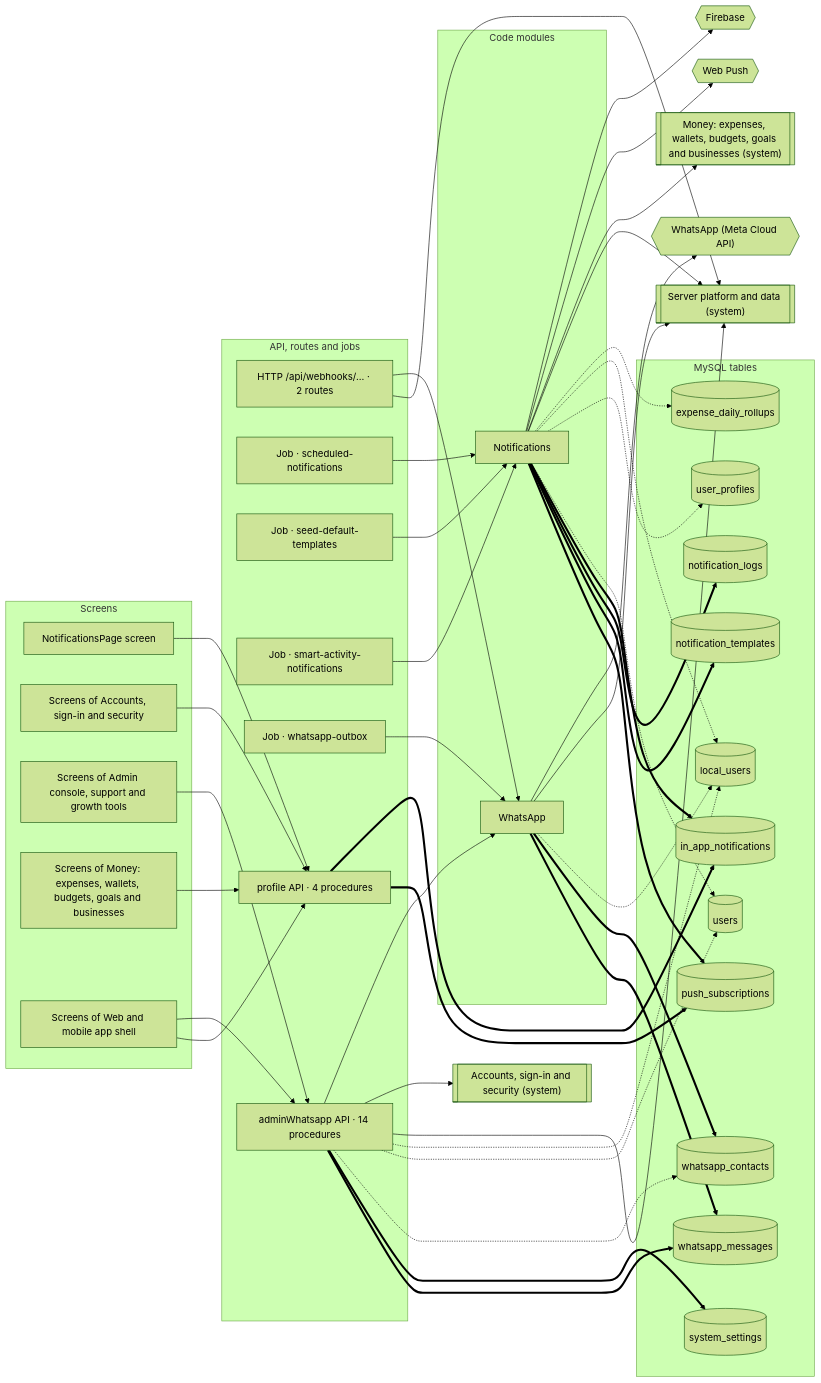
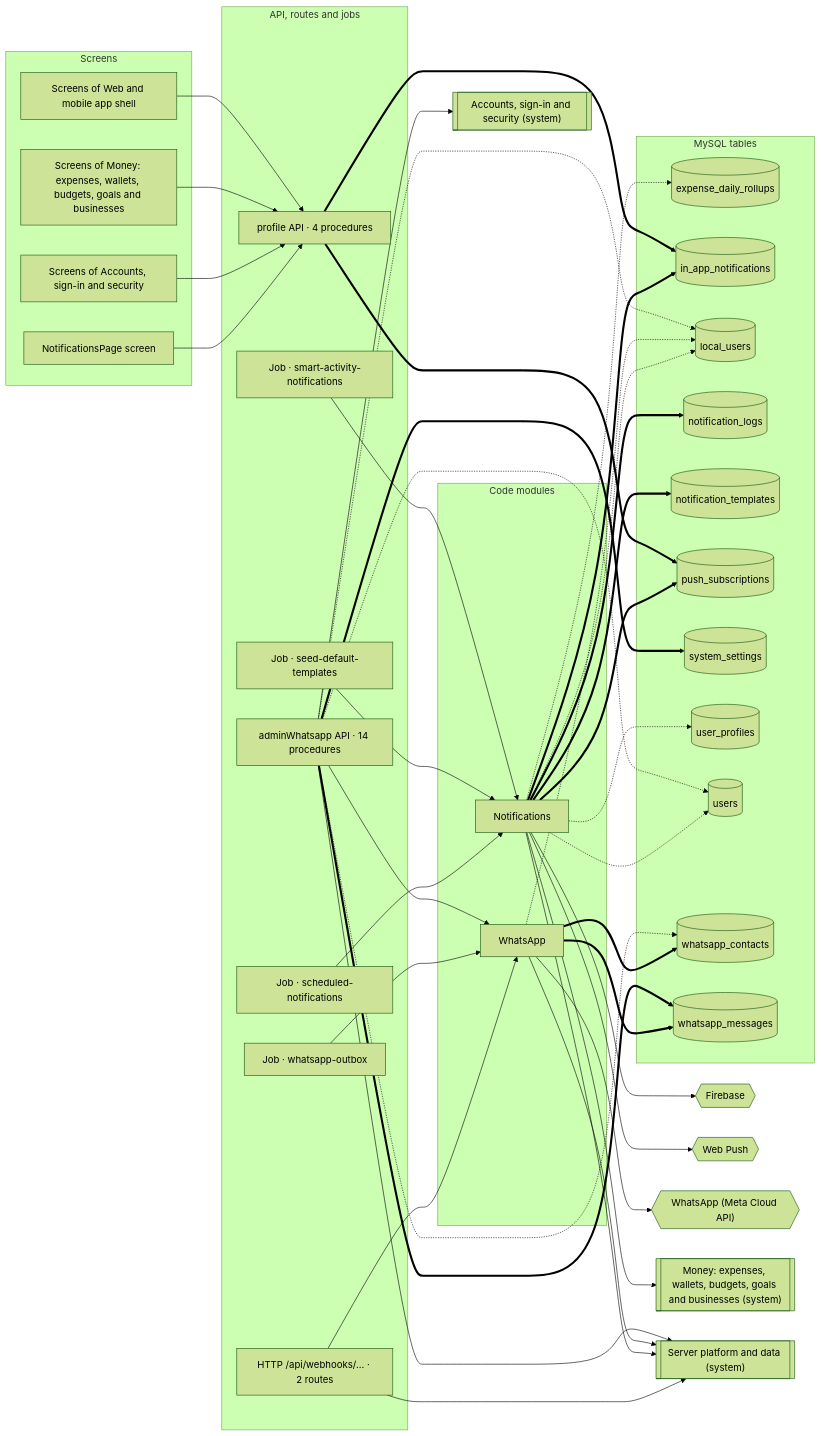
Before and after one commit to mahmoudtaherr111/smartspend_mini_all: the diagram in docs/atlas/systems/notifications.md, drawn with Mermaid (forest theme). The commit also changed other lines of this file and 121 other files, not shown here.

First line of the commit message:
feat(billing,admin,mobile): unify admin console, dynamic plan limits, and store-only mobile billing

````diff
--- a/docs/atlas/systems/notifications.md
+++ b/docs/atlas/systems/notifications.md
@@ -13,81 +13,78 @@
 ```mermaid
 flowchart LR
   subgraph g_screens["Screens"]
     page_NotificationsPage["NotificationsPage screen"]
     screens_accounts["Screens of Accounts, sign-in and security"]
-    screens_admin["Screens of Admin console, support and growth tools"]
     screens_money["Screens of Money: expenses, wallets, budgets, goals and businesses"]
     screens_web_app["Screens of Web and mobile app shell"]
   end
   subgraph g_api["API, routes and jobs"]
     http__api_webhooks["HTTP /api/webhooks/… · 2 routes"]
     job_scheduled_notifications["Job · scheduled-notifications"]
     job_seed_default_templates["Job · seed-default-templates"]
     job_smart_activity_notifications["Job · smart-activity-notifications"]
     job_whatsapp_outbox["Job · whatsapp-outbox"]
     router_adminWhatsapp["adminWhatsapp API · 14 procedures"]
     router_profile["profile API · 4 procedures"]
   end
   subgraph g_modules["Code modules"]
     mod_notifications["Notifications"]
     mod_whatsapp["WhatsApp"]
   end
   subgraph g_tables["MySQL tables"]
     tbl_expense_daily_rollups[("expense_daily_rollups")]
     tbl_in_app_notifications[("in_app_notifications")]
     tbl_local_users[("local_users")]
     tbl_notification_logs[("notification_logs")]
     tbl_notification_templates[("notification_templates")]
     tbl_push_subscriptions[("push_subscriptions")]
     tbl_system_settings[("system_settings")]
     tbl_user_profiles[("user_profiles")]
     tbl_users[("users")]
     tbl_whatsapp_contacts[("whatsapp_contacts")]
     tbl_whatsapp_messages[("whatsapp_messages")]
   end
   ext_firebase{{"Firebase"}}
   ext_web_push{{"Web Push"}}
   ext_whatsapp{{"WhatsApp (Meta Cloud API)"}}
   sys_accounts[["Accounts, sign-in and security (system)"]]
   sys_money[["Money: expenses, wallets, budgets, goals and businesses (system)"]]
   sys_platform[["Server platform and data (system)"]]
   http__api_webhooks --> mod_whatsapp
   http__api_webhooks --> sys_platform
   job_scheduled_notifications --> mod_notifications
   job_seed_default_templates --> mod_notifications
   job_smart_activity_notifications --> mod_notifications
   job_whatsapp_outbox --> mod_whatsapp
   mod_notifications --> ext_firebase
   mod_notifications --> ext_web_push
   mod_notifications --> sys_money
   mod_notifications --> sys_platform
   mod_notifications -.-> tbl_expense_daily_rollups
   mod_notifications -.-> tbl_local_users
   mod_notifications -.-> tbl_user_profiles
   mod_notifications -.-> tbl_users
   mod_notifications ==> tbl_in_app_notifications
   mod_notifications ==> tbl_notification_logs
   mod_notifications ==> tbl_notification_templates
   mod_notifications ==> tbl_push_subscriptions
   mod_whatsapp --> ext_whatsapp
   mod_whatsapp --> sys_platform
   mod_whatsapp -.-> tbl_local_users
   mod_whatsapp ==> tbl_whatsapp_contacts
   mod_whatsapp ==> tbl_whatsapp_messages
   page_NotificationsPage --> router_profile
   router_adminWhatsapp --> mod_whatsapp
   router_adminWhatsapp --> sys_accounts
   router_adminWhatsapp --> sys_platform
   router_adminWhatsapp -.-> tbl_local_users
   router_adminWhatsapp -.-> tbl_users
   router_adminWhatsapp -.-> tbl_whatsapp_contacts
   router_adminWhatsapp ==> tbl_system_settings
   router_adminWhatsapp ==> tbl_whatsapp_messages
   router_profile ==> tbl_in_app_notifications
   router_profile ==> tbl_push_subscriptions
   screens_accounts --> router_profile
-  screens_admin --> router_adminWhatsapp
   screens_money --> router_profile
-  screens_web_app --> router_adminWhatsapp
   screens_web_app --> router_profile
 ```
````
